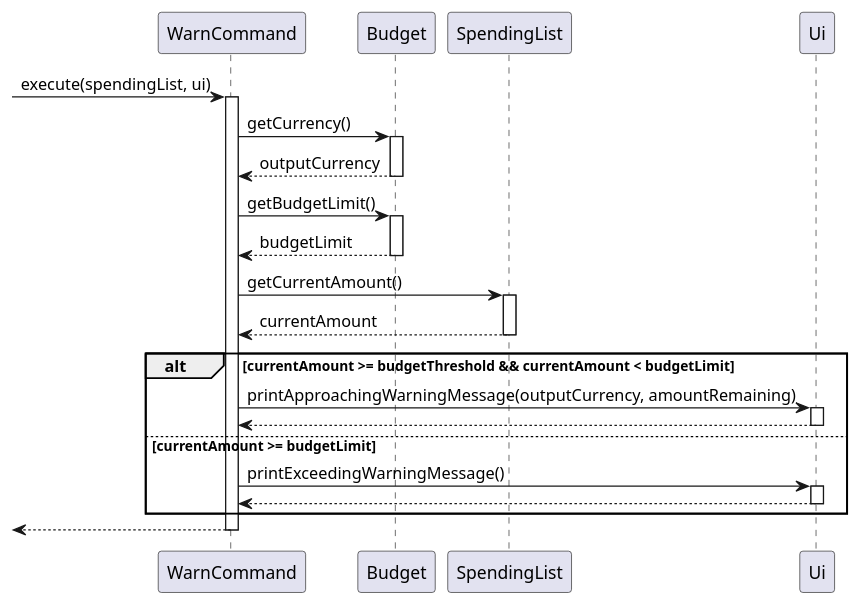
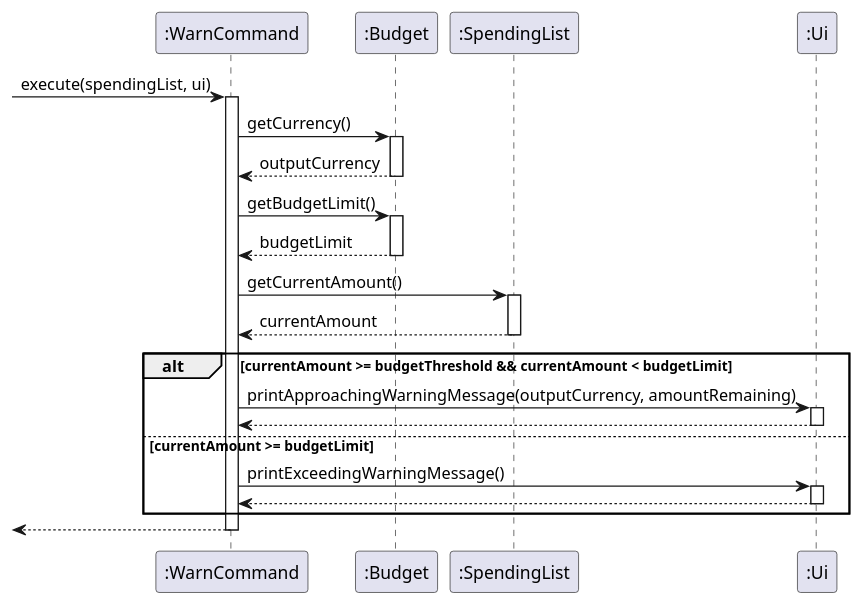
Before and after one commit to xieyaoyue/tp: the diagram in src/uml/WarnCommand.puml, drawn with PlantUML. The commit also changed 7 other files, not shown here.

Commit message:
Update minor errors in UML diagrams

```diff
--- a/src/uml/WarnCommand.puml
+++ b/src/uml/WarnCommand.puml
@@ -1,29 +1,29 @@
 @startuml
-->WarnCommand:execute(spendingList, ui)
-activate WarnCommand
-WarnCommand->Budget:getCurrency()
-activate Budget
-Budget-->WarnCommand:outputCurrency
-deactivate Budget
-WarnCommand->Budget:getBudgetLimit()
-activate Budget
-Budget-->WarnCommand:budgetLimit
-deactivate Budget
-WarnCommand->SpendingList:getCurrentAmount()
-activate SpendingList
-SpendingList-->WarnCommand:currentAmount
-deactivate SpendingList
+->":WarnCommand":execute(spendingList, ui)
+activate ":WarnCommand"
+":WarnCommand"->":Budget":getCurrency()
+activate ":Budget"
+":Budget"-->":WarnCommand":outputCurrency
+deactivate ":Budget"
+":WarnCommand"->":Budget":getBudgetLimit()
+activate ":Budget"
+":Budget"-->":WarnCommand":budgetLimit
+deactivate ":Budget"
+":WarnCommand"->":SpendingList":getCurrentAmount()
+activate ":SpendingList"
+":SpendingList"-->":WarnCommand":currentAmount
+deactivate ":SpendingList"
 alt currentAmount >= budgetThreshold && currentAmount < budgetLimit
-WarnCommand->Ui:printApproachingWarningMessage(outputCurrency, amountRemaining)
-activate Ui
-Ui-->WarnCommand
-deactivate Ui
+":WarnCommand"->":Ui":printApproachingWarningMessage(outputCurrency, amountRemaining)
+activate ":Ui"
+":Ui"-->":WarnCommand":
+deactivate ":Ui"
 else currentAmount >= budgetLimit
-WarnCommand->Ui:printExceedingWarningMessage()
-activate Ui
-Ui-->WarnCommand
-deactivate Ui
+":WarnCommand"->":Ui":printExceedingWarningMessage()
+activate ":Ui"
+":Ui"-->":WarnCommand"
+deactivate ":Ui"
 end
-<--WarnCommand
-deactivate WarnCommand
+<--":WarnCommand"
+deactivate ":WarnCommand"
 @enduml
```
